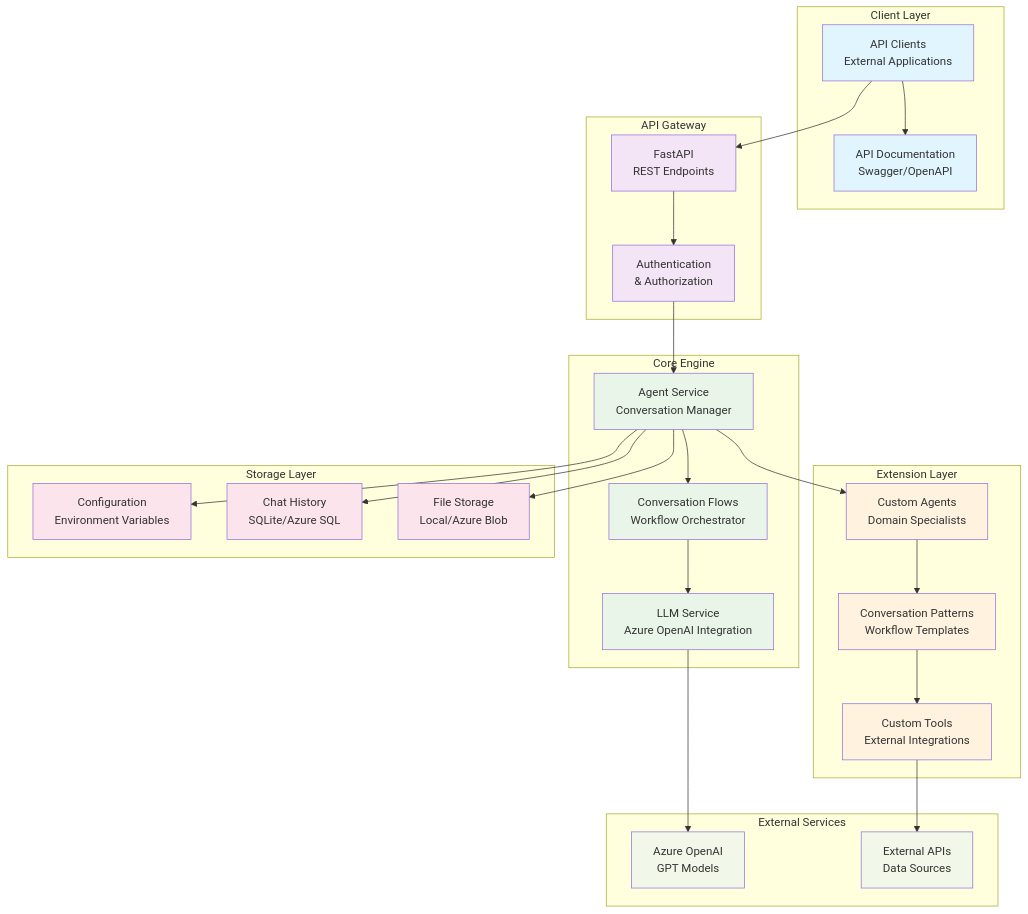
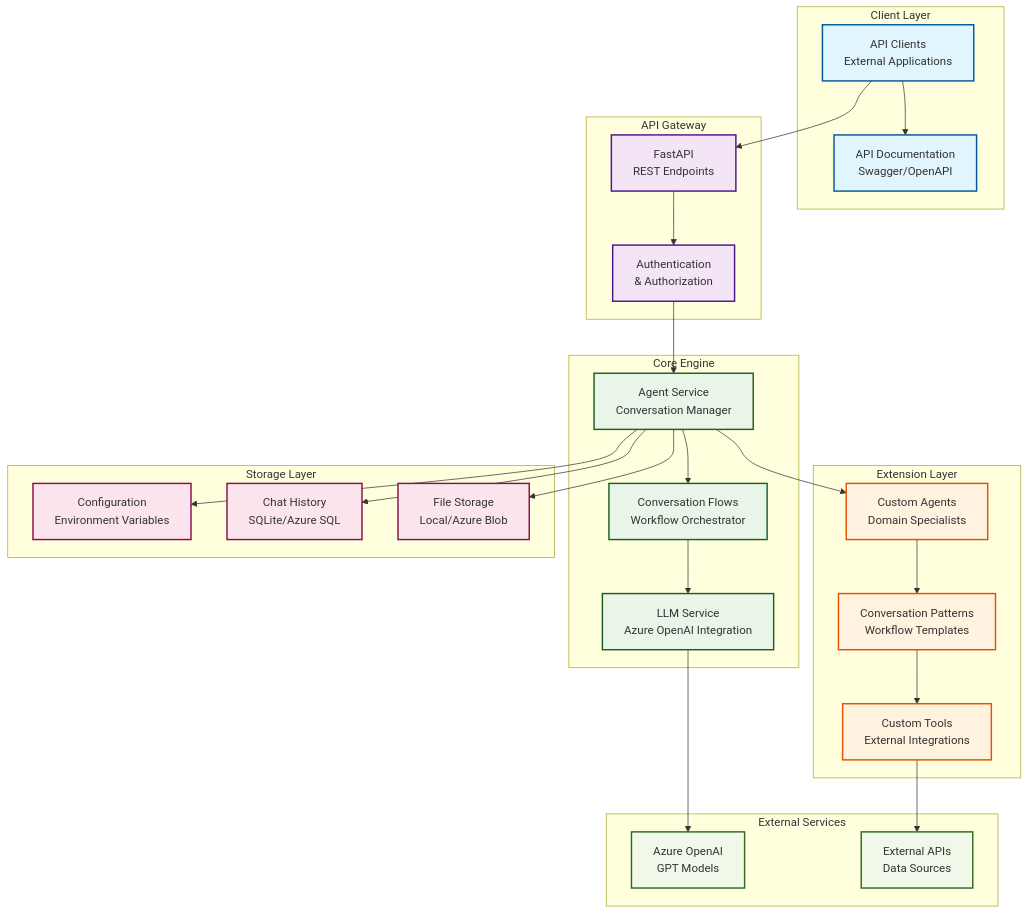
The first of 8 diagrams in docs/architecture.md (renz-adarayan/ingenious), drawn with Mermaid before and after one commit. The commit also changed other lines of this file and 8 other files, not shown here.

````diff
--- a/docs/architecture.md
+++ b/docs/architecture.md
@@ -9,76 +9,64 @@
 ```mermaid
 graph TB
-    subgraph "Client Layer"
-        API_CLIENT[API Clients<br/>External Applications]
-        DOCS[API Documentation<br/>Swagger/OpenAPI]
+    subgraph ClientLayer ["Client Layer"]
+        API_CLIENT["API Clients<br/>External Applications"]
+        DOCS["API Documentation<br/>Swagger/OpenAPI"]
     end
 
-    subgraph "API Gateway"
-        API[FastAPI<br/>REST Endpoints]
-        AUTH[Authentication<br/>& Authorization]
+    subgraph APIGateway ["API Gateway"]
+        API["FastAPI<br/>REST Endpoints"]
+        AUTH["Authentication<br/>& Authorization"]
     end
 
-    subgraph "Core Engine"
-        AGENT_SERVICE[Agent Service<br/>Conversation Manager]
-        CONVERSATION_FLOWS[Conversation Flows<br/>Workflow Orchestrator]
-        LLM_SERVICE[LLM Service<br/>Azure OpenAI Integration]
+    subgraph CoreEngine ["Core Engine"]
+        AGENT_SERVICE["Agent Service<br/>Conversation Manager"]
+        CONVERSATION_FLOWS["Conversation Flows<br/>Workflow Orchestrator"]
+        LLM_SERVICE["LLM Service<br/>Azure OpenAI Integration"]
     end
 
-    subgraph "Extension Layer"
-        CUSTOM_AGENTS[Custom Agents<br/>Domain Specialists]
-        PATTERNS[Conversation Patterns<br/>Workflow Templates]
-        TOOLS[Custom Tools<br/>External Integrations]
+    subgraph ExtensionLayer ["Extension Layer"]
+        CUSTOM_AGENTS["Custom Agents<br/>Domain Specialists"]
+        PATTERNS["Conversation Patterns<br/>Workflow Templates"]
+        TOOLS["Custom Tools<br/>External Integrations"]
     end
 
-    subgraph "Storage Layer"
-        CONFIG[Configuration<br/>Environment Variables]
-        HISTORY[Chat History<br/>SQLite/Azure SQL]
-        FILES[File Storage<br/>Local/Azure Blob]
+    subgraph StorageLayer ["Storage Layer"]
+        CONFIG["Configuration<br/>Environment Variables"]
+        HISTORY["Chat History<br/>SQLite/Azure SQL"]
+        FILES["File Storage<br/>Local/Azure Blob"]
     end
 
-    subgraph "External Services"
-        AZURE[Azure OpenAI<br/>GPT Models]
-        EXTERNAL_API[External APIs<br/>Data Sources]
+    subgraph ExternalServices ["External Services"]
+        AZURE["Azure OpenAI<br/>GPT Models"]
+        EXTERNAL_API["External APIs<br/>Data Sources"]
     end
 
-    %% Client connections
     API_CLIENT --> API
     API_CLIENT --> DOCS
-
-    %% API Gateway routing
     API --> AUTH
     AUTH --> AGENT_SERVICE
-
-    %% Core Engine interactions
     AGENT_SERVICE --> CONVERSATION_FLOWS
     CONVERSATION_FLOWS --> LLM_SERVICE
     AGENT_SERVICE --> CUSTOM_AGENTS
-
-    %% Extension Layer integrations
     CUSTOM_AGENTS --> PATTERNS
     PATTERNS --> TOOLS
-
-    %% Storage Layer connections
     AGENT_SERVICE --> CONFIG
     AGENT_SERVICE --> HISTORY
     AGENT_SERVICE --> FILES
-
-    %% External Service connections
     LLM_SERVICE --> AZURE
     TOOLS --> EXTERNAL_API
 
-    %% Styling
-    classDef clientLayer fill:#e1f5fe
-    classDef apiLayer fill:#f3e5f5
-    classDef coreLayer fill:#e8f5e8
-    classDef extensionLayer fill:#fff3e0
-    classDef storageLayer fill:#fce4ec
-    classDef externalLayer fill:#f1f8e9
+    classDef clientLayer fill:#e1f5fe,stroke:#01579b,stroke-width:2px
+    classDef apiLayer fill:#f3e5f5,stroke:#4a148c,stroke-width:2px
+    classDef coreLayer fill:#e8f5e8,stroke:#1b5e20,stroke-width:2px
+    classDef extensionLayer fill:#fff3e0,stroke:#e65100,stroke-width:2px
+    classDef storageLayer fill:#fce4ec,stroke:#880e4f,stroke-width:2px
+    classDef externalLayer fill:#f1f8e9,stroke:#33691e,stroke-width:2px
 
     class API_CLIENT,DOCS clientLayer
     class API,AUTH apiLayer
     class AGENT_SERVICE,CONVERSATION_FLOWS,LLM_SERVICE coreLayer
     class CUSTOM_AGENTS,PATTERNS,TOOLS extensionLayer
     class CONFIG,HISTORY,FILES storageLayer
     class AZURE,EXTERNAL_API externalLayer
 ```
````
